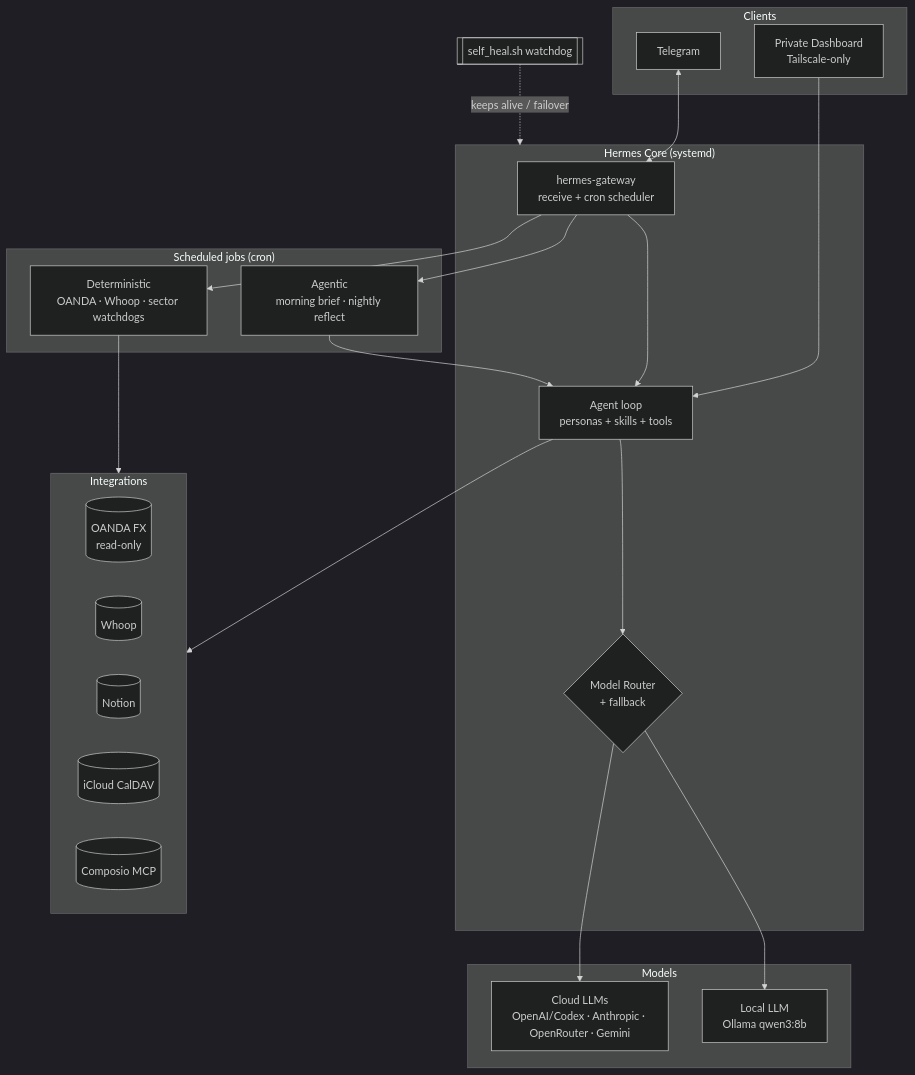
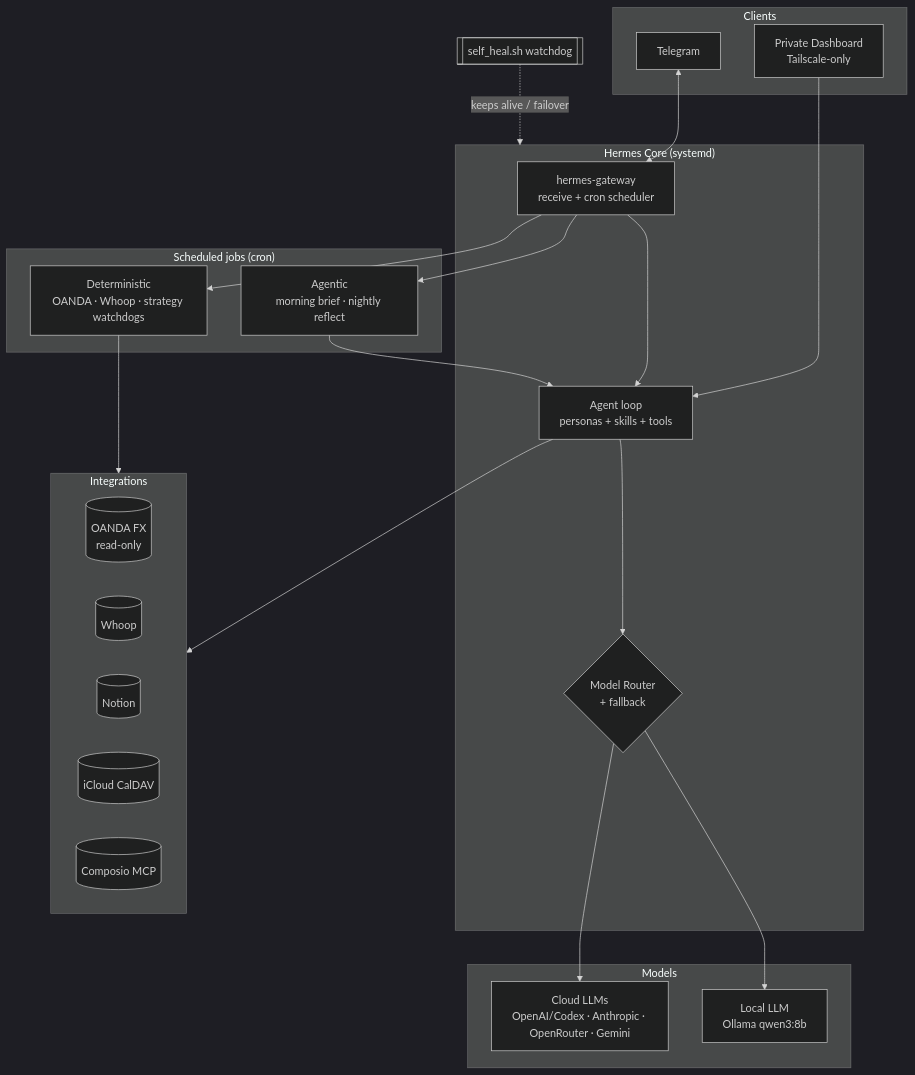
Before and after one commit to navysum/hermes-agent-infrastructure: the diagram in README.md, drawn with Mermaid (dark theme). The commit also changed other lines of this file and 28 other files, not shown here.

````diff
--- a/README.md
+++ b/README.md
@@ -125,45 +125,45 @@
 ```mermaid
 flowchart TD
     subgraph Clients
         TG[Telegram] 
         DASH[Private Dashboard<br/>Tailscale-only]
     end
 
     subgraph Core["Hermes Core (systemd)"]
         GW[hermes-gateway<br/>receive + cron scheduler]
         AGENT[Agent loop<br/>personas + skills + tools]
         ROUTER{Model Router<br/>+ fallback}
     end
 
     subgraph Models
         CLOUD[Cloud LLMs<br/>OpenAI/Codex · Anthropic · OpenRouter · Gemini]
         LOCAL[Local LLM<br/>Ollama qwen3:8b]
     end
 
     subgraph Jobs["Scheduled jobs (cron)"]
-        DET[Deterministic<br/>OANDA · Whoop · sector watchdogs]
+        DET[Deterministic<br/>OANDA · Whoop · strategy watchdogs]
         AGN[Agentic<br/>morning brief · nightly reflect]
     end
 
     subgraph Integrations
         OANDA[(OANDA FX<br/>read-only)]
         WHOOP[(Whoop)]
         NOTION[(Notion)]
         CAL[(iCloud CalDAV)]
         COMPOSIO[(Composio MCP)]
     end
 
     TG <--> GW
     DASH --> AGENT
     GW --> AGENT
     AGENT --> ROUTER
     ROUTER --> CLOUD
     ROUTER --> LOCAL
     GW --> DET
     GW --> AGN
     DET --> Integrations
     AGN --> AGENT
     AGENT --> Integrations
 
     WATCH[[self_heal.sh watchdog]] -. keeps alive / failover .-> Core
 ```
````
